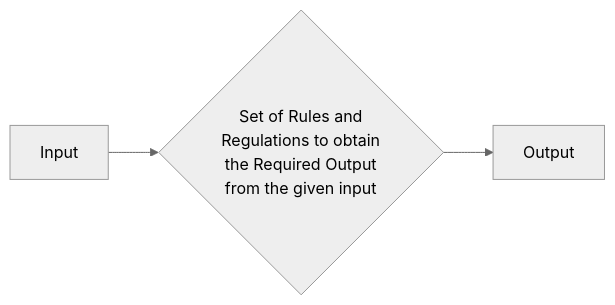
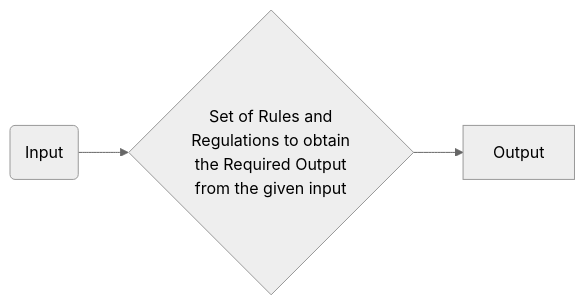
One commit to AbirxAthena/Sem-3rd changed the first of 2 diagrams in data-structures-and-algorithms/DSA Theory/Chapter 01 [ Introduction to Algorithms and Analysis ].md. Above: the diagram before and after it, drawn with Mermaid (neutral theme). The commit also changed other lines of this file, not shown here.

Commit message:
Update Chapter 01 [ Introduction to Algorithms and Analysis ].md

````diff
--- a/data-structures-and-algorithms/DSA Theory/Chapter 01 [ Introduction to Algorithms and Analysis ].md
+++ b/data-structures-and-algorithms/DSA Theory/Chapter 01 [ Introduction to Algorithms and Analysis ].md
@@ -9,9 +10,9 @@
 ```mermaid
 flowchart LR
-    A[Input] --> B{Set of Rules and 
+    B{"Set of Rules and 
     Regulations to obtain
     the Required Output
-    from the given input}
-
-    B --> C[Output]
+    from the given input"}
+    A(Input) --> B --> C[Output]
+    
 ```
````
